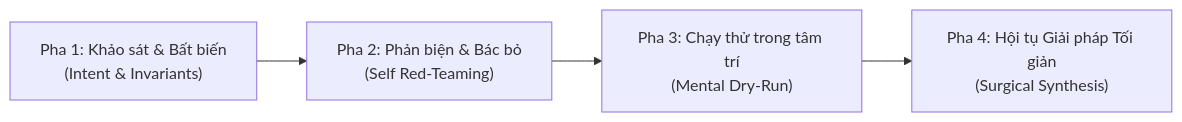
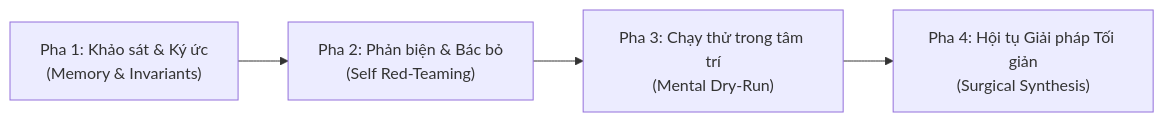
One commit to ghostminhtoan/teamwork-preview-protocol-GMTPC changed the first of 3 diagrams in SKILL.md. Above: the diagram before and after it, drawn with Mermaid. The commit also changed other lines of this file and 1 other file, not shown here.

Commit message:
feat(skill): add zero-assumption grounding, memory recall and anti-oscillation circuit breaker

````diff
--- a/SKILL.md
+++ b/SKILL.md
@@ -48,6 +95,6 @@
 ```mermaid
 flowchart LR
-    P1["Pha 1: Khảo sát & Bất biến<br>(Intent & Invariants)"] --> P2["Pha 2: Phản biện & Bác bỏ<br>(Self Red-Teaming)"]
+    P1["Pha 1: Khảo sát & Ký ức<br>(Memory & Invariants)"] --> P2["Pha 2: Phản biện & Bác bỏ<br>(Self Red-Teaming)"]
     P2 --> P3["Pha 3: Chạy thử trong tâm trí<br>(Mental Dry-Run)"]
     P3 --> P4["Pha 4: Hội tụ Giải pháp Tối giản<br>(Surgical Synthesis)"]
 ```
````
